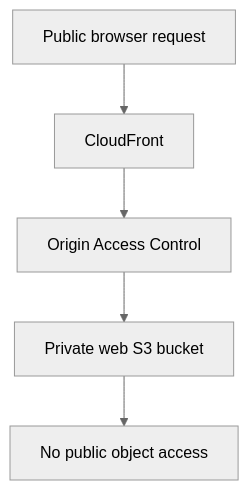
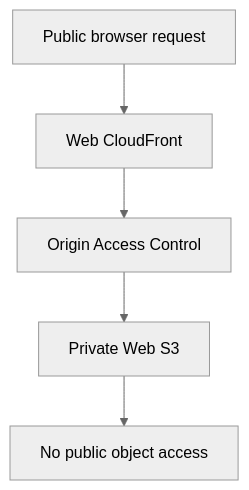
One commit to InfX2243/echoclass changed the second of 2 diagrams in docs/15-cloudfront-web-deployment.md. Above: the diagram before and after it, drawn with Mermaid (neutral theme). The commit also changed other lines of this file, not shown here.

Commit message:
docs(web): connect web deployment to signed media delivery

````diff
--- a/docs/15-cloudfront-web-deployment.md
+++ b/docs/15-cloudfront-web-deployment.md
@@ -112,8 +125,8 @@
 ```mermaid
 flowchart TD
   R[Public browser request]
-  R --> CF[CloudFront]
+  R --> CF[Web CloudFront]
   CF --> OAC[Origin Access Control]
-  OAC --> S3[Private web S3 bucket]
+  OAC --> S3[Private Web S3]
   S3 --> X[No public object access]
 ```
````
